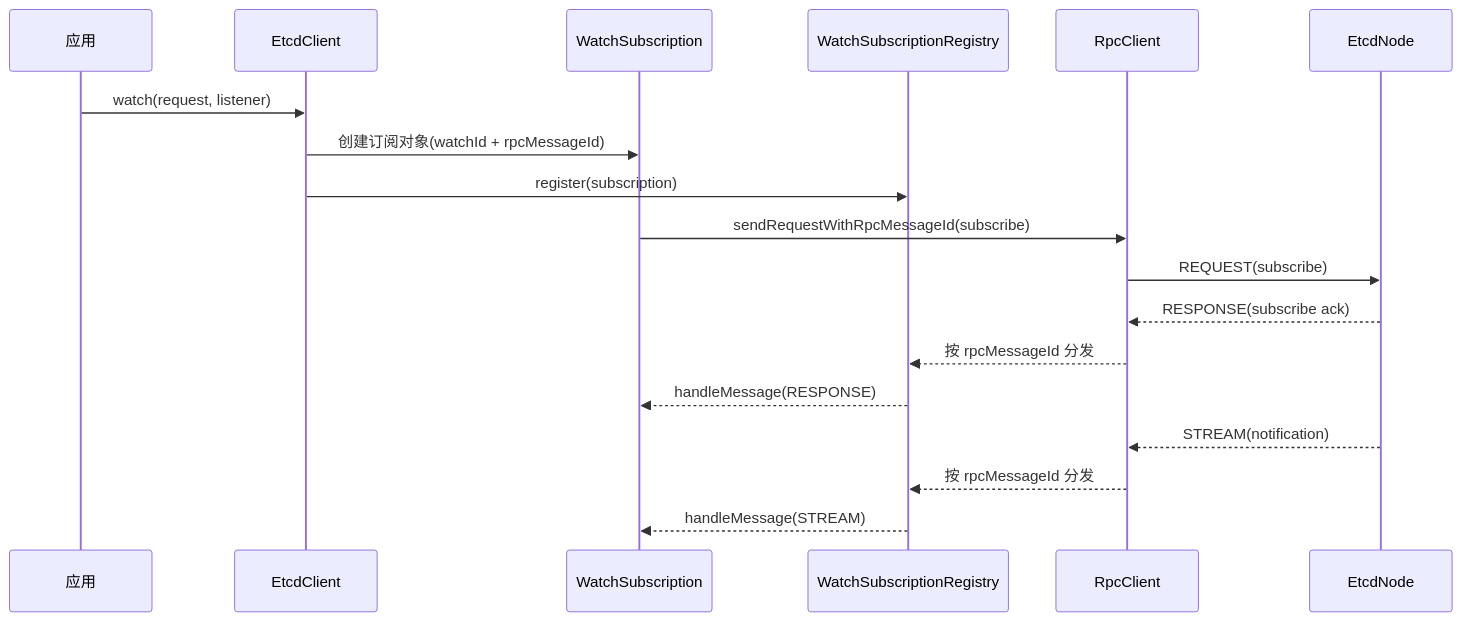
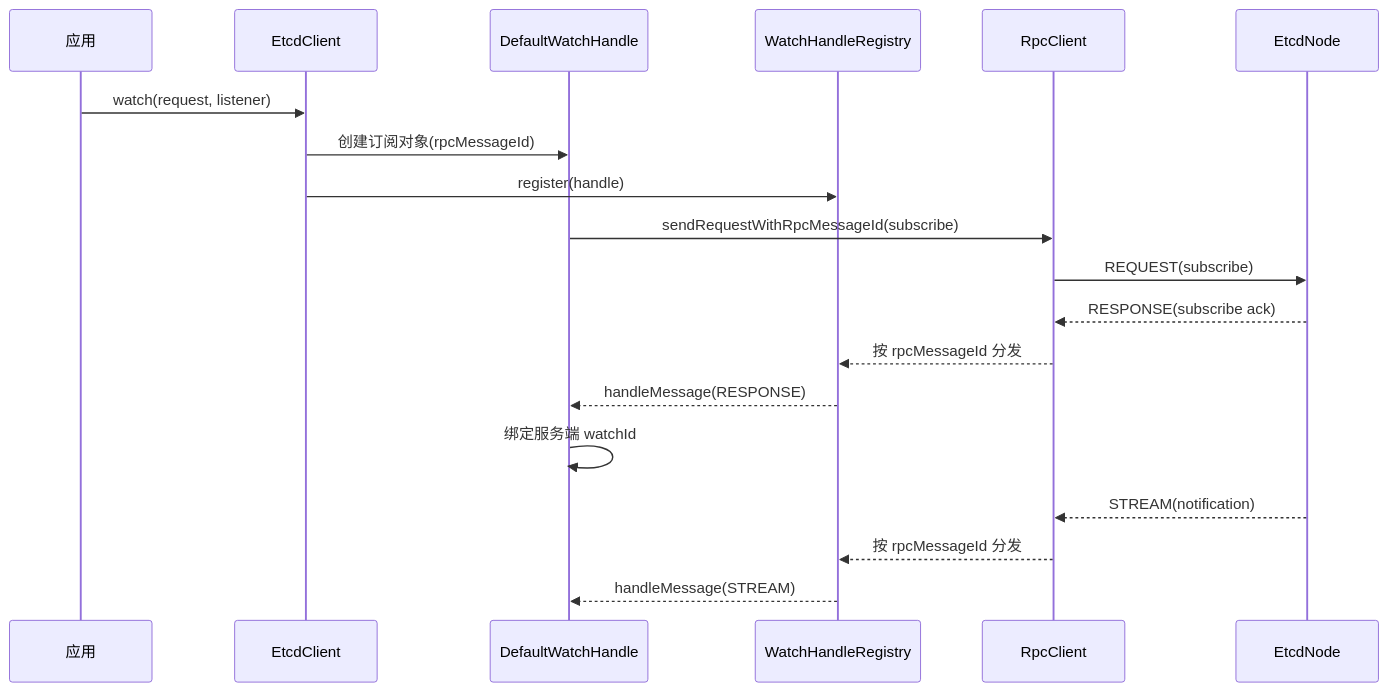
The third of 3 diagrams in docs/architecture-08-sdk.md (xhjkss/mini-etcd-project), drawn with Mermaid before and after one commit. The commit also changed other lines of this file and 19 other files, not shown here.

Commit message:
refactor(kernel): 重构 WatchStore/WatchSubscribeRequest 与 channel 写路由，切换服务端分配 watchId，拆分控制面/数据面队列并收敛 subscribe 首帧与通知推送时序 refactor(sdk): 重构 EtcdClient 的 watch 处理链路（WatchHandleRegistry + DefaultWatchHandle），明确订阅建立、事件推送、取消关闭四阶段状态流转，统一并发场景下的状态收敛与消息分发时序

````diff
--- a/docs/architecture-08-sdk.md
+++ b/docs/architecture-08-sdk.md
@@ -136,21 +136,22 @@
 ```mermaid
 sequenceDiagram
     participant App as 应用
     participant Client as EtcdClient
-    participant Sub as WatchSubscription
-    participant Reg as WatchSubscriptionRegistry
+    participant Sub as DefaultWatchHandle
+    participant Reg as WatchHandleRegistry
     participant Rpc as RpcClient
     participant Node as EtcdNode
 
     App->>Client: watch(request, listener)
-    Client->>Sub: 创建订阅对象(watchId + rpcMessageId)
-    Client->>Reg: register(subscription)
+    Client->>Sub: 创建订阅对象(rpcMessageId)
+    Client->>Reg: register(handle)
     Sub->>Rpc: sendRequestWithRpcMessageId(subscribe)
     Rpc->>Node: REQUEST(subscribe)
     Node-->>Rpc: RESPONSE(subscribe ack)
     Rpc-->>Reg: 按 rpcMessageId 分发
     Reg-->>Sub: handleMessage(RESPONSE)
+    Sub->>Sub: 绑定服务端 watchId
     Node-->>Rpc: STREAM(notification)
     Rpc-->>Reg: 按 rpcMessageId 分发
     Reg-->>Sub: handleMessage(STREAM)
 ```
````
